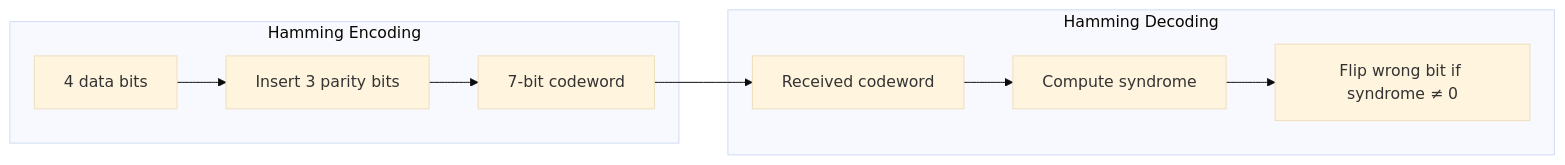
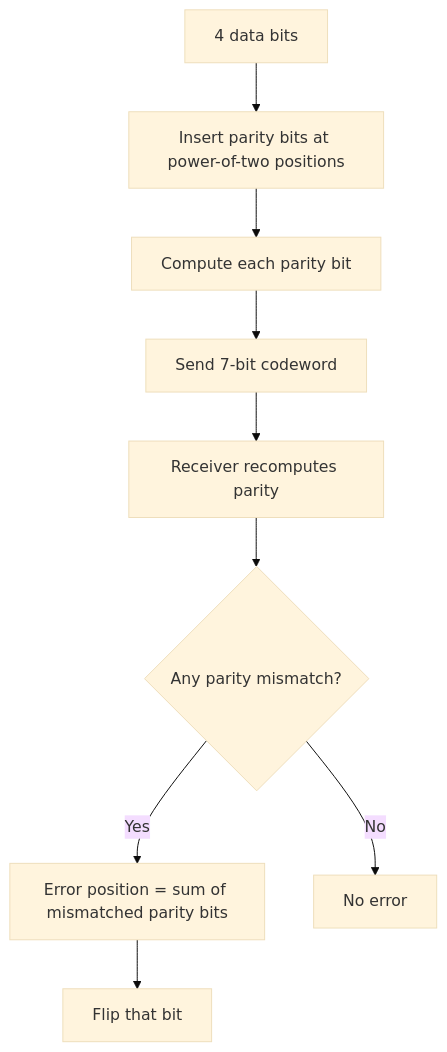
Before and after one commit to manishkumar8312/CS-Fundamentals: the fifth of 14 diagrams in Computer Network/Ch 04 - Data Link Layer.md, drawn with Mermaid (base theme). The commit also changed other lines of this file, not shown here.

Commit message:
data link layer

````diff
--- a/Computer Network/Ch 04 - Data Link Layer.md
+++ b/Computer Network/Ch 04 - Data Link Layer.md
@@ -107,12 +126,11 @@
 ```mermaid
-flowchart LR
-    subgraph Hamming Encoding
-        D[4 data bits] --> P[Insert 3 parity bits]
-        P --> Code[7-bit codeword]
-    end
-    subgraph Hamming Decoding
-        Code --> Rx[Received codeword]
-        Rx --> Syn[Compute syndrome]
-        Syn --> Correct[Flip wrong bit if syndrome ≠ 0]
-    end
+flowchart TD
+    Data[4 data bits] --> Insert[Insert parity bits at power-of-two positions]
+    Insert --> Compute[Compute each parity bit]
+    Compute --> Send[Send 7-bit codeword]
+    Send --> Receive[Receiver recomputes parity]
+    Receive --> Check{Any parity mismatch?}
+    Check -->|Yes| Locate[Error position = sum of mismatched parity bits]
+    Locate --> Correct[Flip that bit]
+    Check -->|No| Good[No error]
 ```
````
